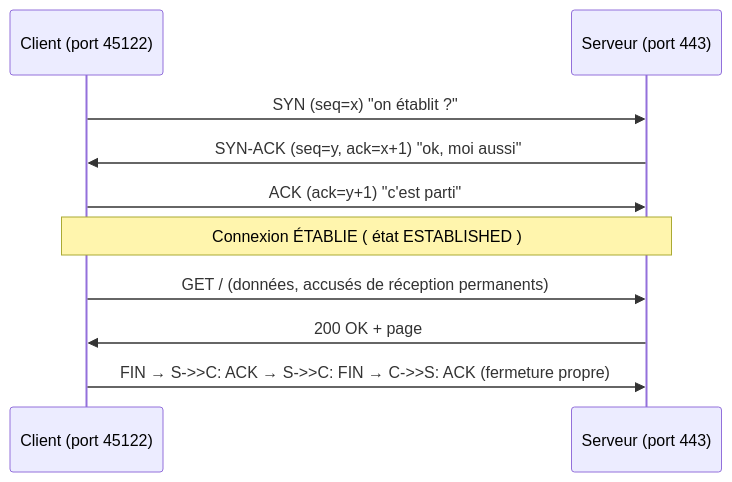
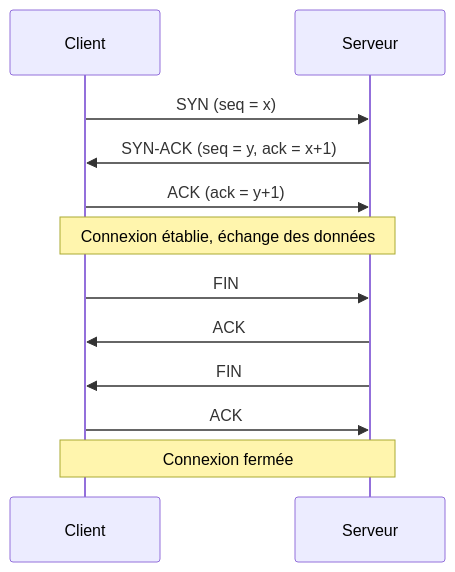
Before and after one commit to efoures/docs-cours: the sixth of 16 diagrams in reseaux/cours-reseaux.md, drawn with Mermaid. The commit also changed other lines of this file, not shown here.

````diff
--- a/reseaux/cours-reseaux.md
+++ b/reseaux/cours-reseaux.md
@@ -730,12 +536,14 @@
 ```mermaid
 sequenceDiagram
-    participant C as Client (port 45122)
-    participant S as Serveur (port 443)
-    C->>S: SYN (seq=x) "on établit ?"
-    S->>C: SYN-ACK (seq=y, ack=x+1) "ok, moi aussi"
-    C->>S: ACK (ack=y+1) "c'est parti"
-    Note over C,S: Connexion ÉTABLIE ( état ESTABLISHED )
-    C->>S: GET / (données, accusés de réception permanents)
-    S->>C: 200 OK + page
-    C->>S: FIN → S->>C: ACK → S->>C: FIN → C->>S: ACK (fermeture propre)
+  participant C as Client
+  participant S as Serveur
+  C->>S: SYN (seq = x)
+  S->>C: SYN-ACK (seq = y, ack = x+1)
+  C->>S: ACK (ack = y+1)
+  Note over C,S: Connexion établie, échange des données
+  C->>S: FIN
+  S->>C: ACK
+  S->>C: FIN
+  C->>S: ACK
+  Note over C,S: Connexion fermée
 ```
````
